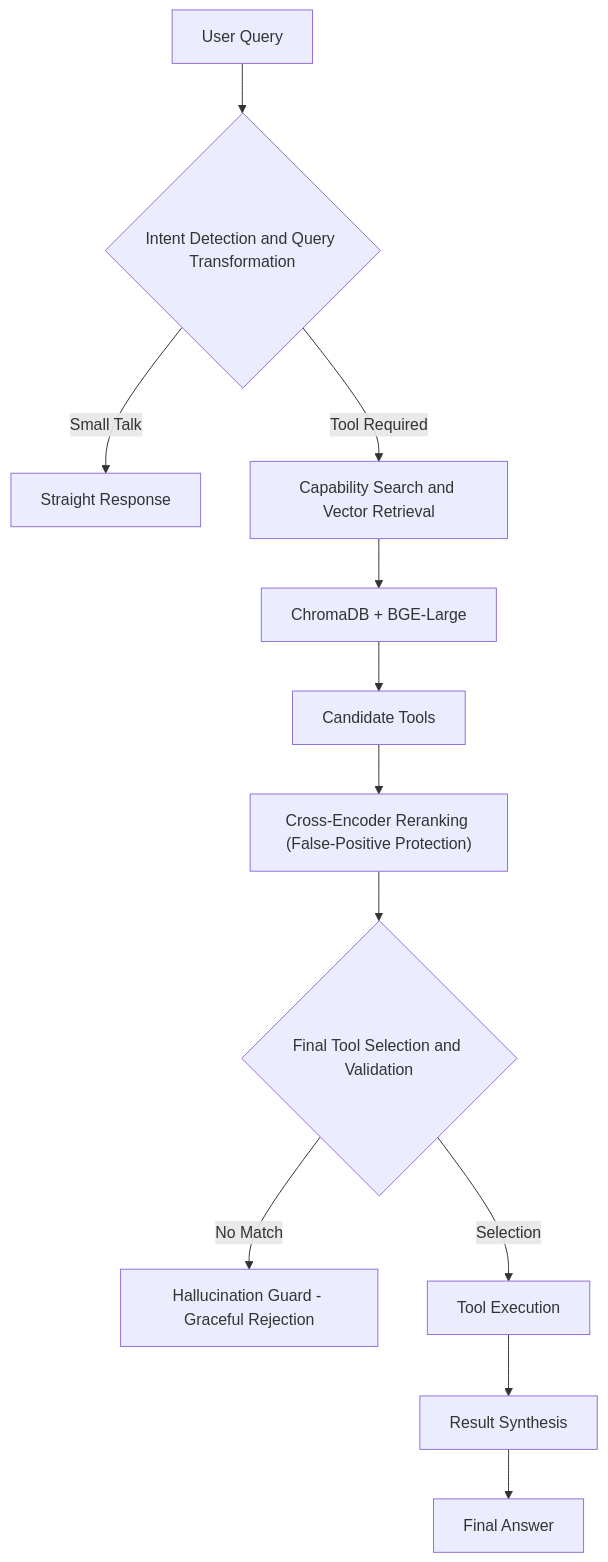
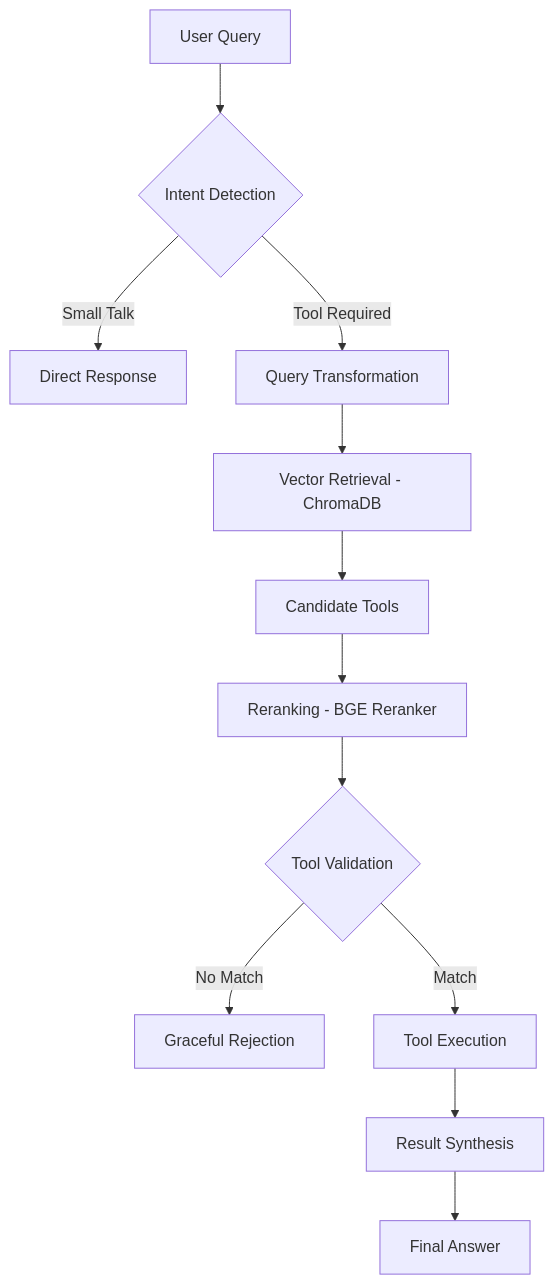
Before and after one commit to hasankirtas/dynamic-tool-agent: the diagram in README.md, drawn with Mermaid.

Commit message:
fix: shorten Mermaid node labels to prevent GitHub rendering truncation

````diff
--- a/README.md
+++ b/README.md
@@ -11,14 +11,14 @@
 ```mermaid
 graph TD
-    A[User Query] --> B{Intent Detection and Query Transformation}
-    B -- Small Talk --> C[Straight Response]
-    B -- Tool Required --> D[Capability Search and Vector Retrieval]
-    D --> E[ChromaDB + BGE-Large]
+    A[User Query] --> B{Intent Detection}
+    B -- Small Talk --> C[Direct Response]
+    B -- Tool Required --> D[Query Transformation]
+    D --> E[Vector Retrieval - ChromaDB]
     E --> F[Candidate Tools]
-    F --> G["Cross-Encoder Reranking (False-Positive Protection)"]
-    G --> H{Final Tool Selection and Validation}
-    H -- No Match --> I["Hallucination Guard - Graceful Rejection"]
-    H -- Selection --> J[Tool Execution]
+    F --> G[Reranking - BGE Reranker]
+    G --> H{Tool Validation}
+    H -- No Match --> I[Graceful Rejection]
+    H -- Match --> J[Tool Execution]
     J --> K[Result Synthesis]
     K --> L[Final Answer]
 ```
````
